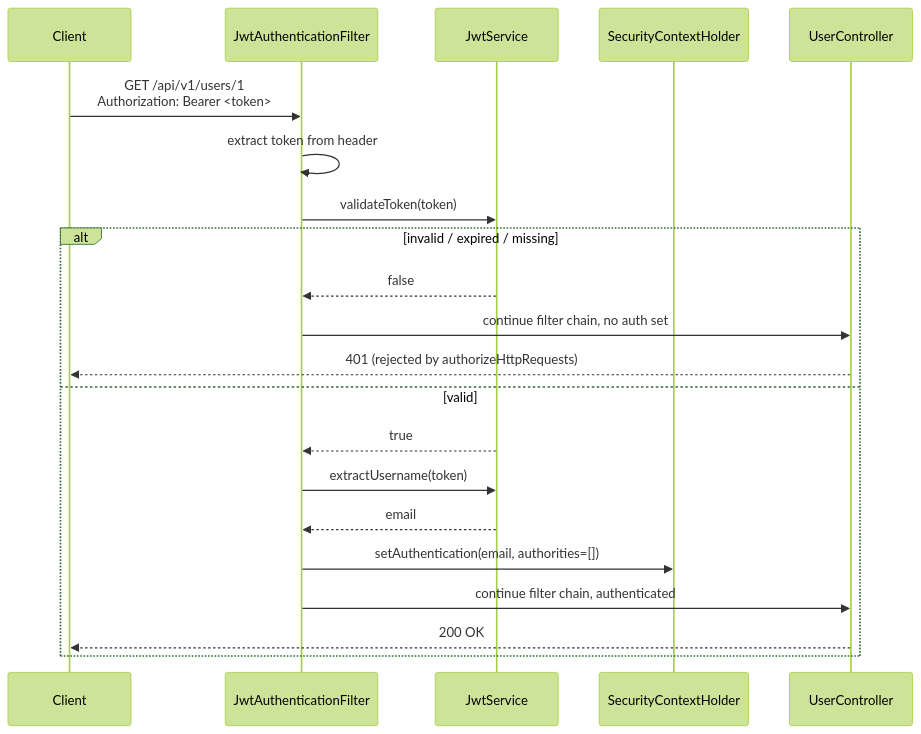
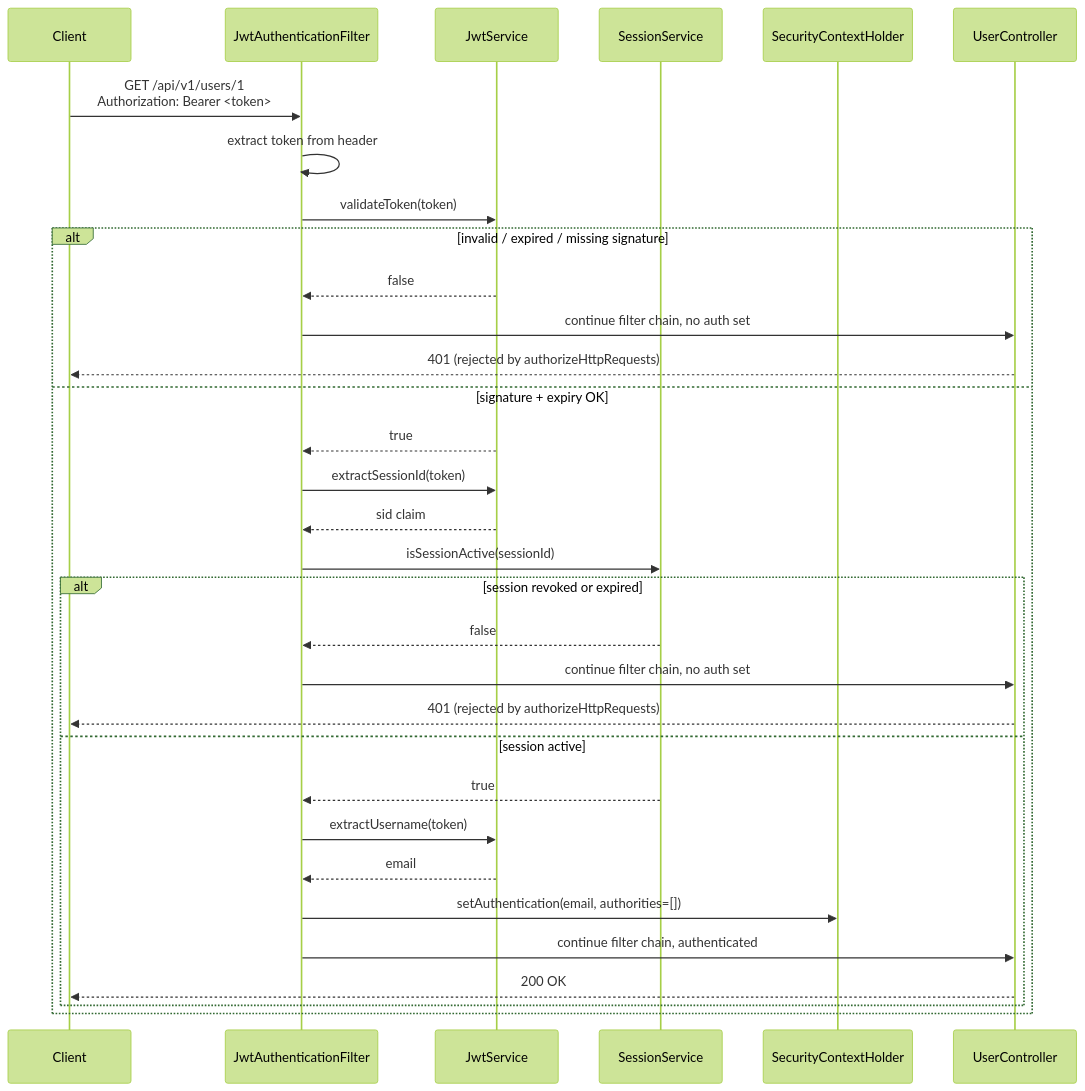
One commit to SUDHAKAR445/auth-platform changed the eighth of 8 diagrams in docs/architecture.md. Above: the diagram before and after it, drawn with Mermaid (forest theme). The commit also changed other lines of this file and 22 other files, not shown here.

````diff
--- a/docs/architecture.md
+++ b/docs/architecture.md
@@ -239,24 +336,35 @@
 ```mermaid
 sequenceDiagram
     participant C as Client
     participant Filter as JwtAuthenticationFilter
     participant Jwt as JwtService
+    participant SSvc as SessionService
     participant SCH as SecurityContextHolder
     participant Ctrl as UserController
 
     C->>Filter: GET /api/v1/users/1<br/>Authorization: Bearer <token>
     Filter->>Filter: extract token from header
     Filter->>Jwt: validateToken(token)
-    alt invalid / expired / missing
+    alt invalid / expired / missing signature
         Jwt-->>Filter: false
         Filter->>Ctrl: continue filter chain, no auth set
         Ctrl-->>C: 401 (rejected by authorizeHttpRequests)
-    else valid
+    else signature + expiry OK
         Jwt-->>Filter: true
-        Filter->>Jwt: extractUsername(token)
-        Jwt-->>Filter: email
-        Filter->>SCH: setAuthentication(email, authorities=[])
-        Filter->>Ctrl: continue filter chain, authenticated
-        Ctrl-->>C: 200 OK
+        Filter->>Jwt: extractSessionId(token)
+        Jwt-->>Filter: sid claim
+        Filter->>SSvc: isSessionActive(sessionId)
+        alt session revoked or expired
+            SSvc-->>Filter: false
+            Filter->>Ctrl: continue filter chain, no auth set
+            Ctrl-->>C: 401 (rejected by authorizeHttpRequests)
+        else session active
+            SSvc-->>Filter: true
+            Filter->>Jwt: extractUsername(token)
+            Jwt-->>Filter: email
+            Filter->>SCH: setAuthentication(email, authorities=[])
+            Filter->>Ctrl: continue filter chain, authenticated
+            Ctrl-->>C: 200 OK
+        end
     end
 ```
````
